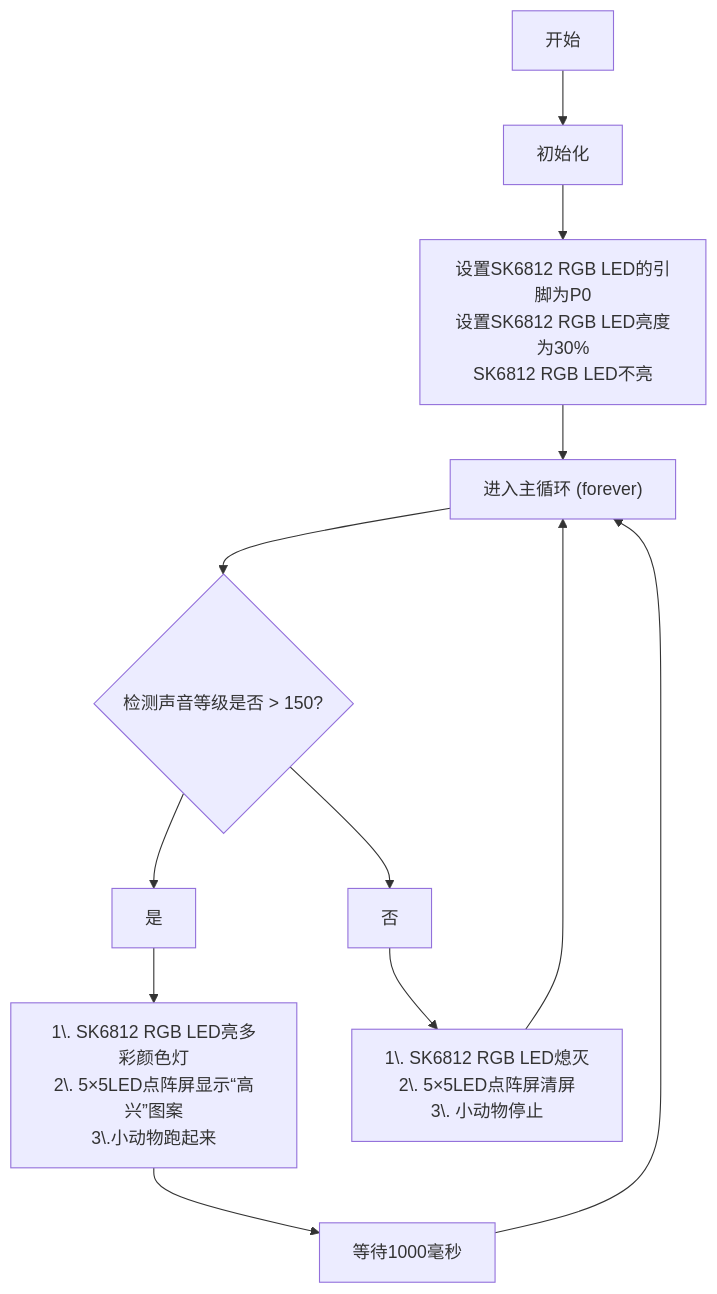
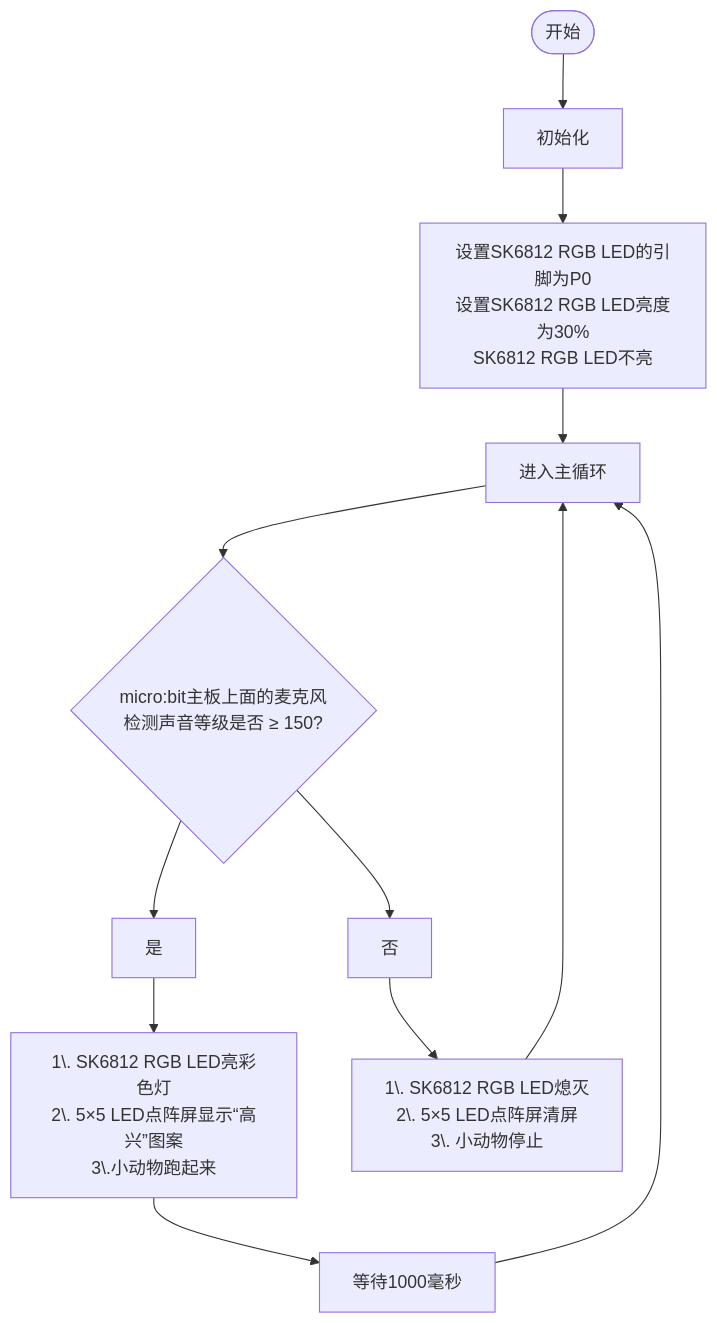
The diagram in docs/MakeCode_教程/Projects/课程03.md (keyestudio/KS0604-Keyestudio-Microbit-8-1-), drawn with Mermaid before and after one commit. The commit also changed other lines of this file and 235 other files, not shown here.

````diff
--- a/docs/MakeCode_教程/Projects/课程03.md
+++ b/docs/MakeCode_教程/Projects/课程03.md
@@ -52,18 +143,18 @@
 ```mermaid
 flowchart TD
-    Start["开始"] --> OnInit1["初始化"]
+    Start([开始]) --> OnInit1[初始化]
 
-    OnInit1 --> OnInit2["设置SK6812 RGB LED的引脚为P0<br>设置SK6812 RGB LED亮度为30%<br>SK6812 RGB LED不亮"]
+    OnInit1 --> OnInit2[设置SK6812 RGB LED的引脚为P0<br>设置SK6812 RGB LED亮度为30%<br>SK6812 RGB LED不亮]
     
-    OnInit2 --> Forever["进入主循环 (forever)"]
-    Forever --> Conditionals{检测声音等级是否 > 150?}
+    OnInit2 --> Forever[进入主循环]
+    Forever --> Conditionals{micro:bit主板上面的麦克风检测声音等级是否 ≥ 150?}
     
-    Conditionals -->是 --> EventA["1\. SK6812 RGB LED亮多彩颜色灯<br>2\. 5×5LED点阵屏显示“高兴”图案<br>3\.小动物跑起来"]
+    Conditionals -->是 --> EventA[1\. SK6812 RGB LED亮彩色灯<br>2\. 5×5 LED点阵屏显示“高兴”图案<br>3\.小动物跑起来]
     
     EventA --> Delay[等待1000毫秒]
     Delay --> Forever
 
-    Conditionals -->否 --> EventB["1\. SK6812 RGB LED熄灭<br>2\. 5×5LED点阵屏清屏<br>3\. 小动物停止"]
+    Conditionals -->否 --> EventB[1\. SK6812 RGB LED熄灭<br>2\. 5×5 LED点阵屏清屏<br>3\. 小动物停止]
 
     EventB --> Forever
 ```
````
